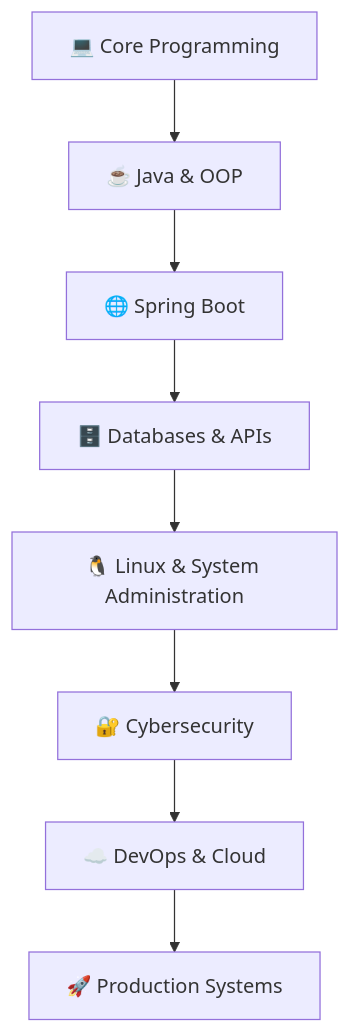
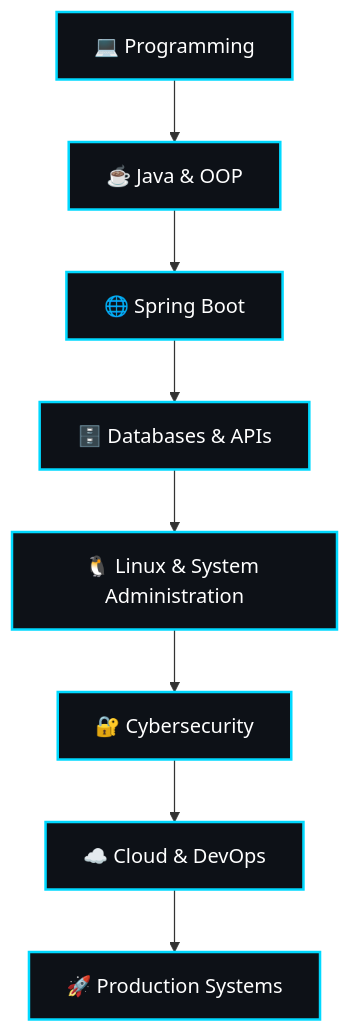
One commit to RoyalRohan/RoyalRohan changed the diagram in README.md. Above: the diagram before and after it, drawn with Mermaid. The commit also changed other lines of this file, not shown here.

````diff
--- a/README.md
+++ b/README.md
@@ -267,10 +277,15 @@
 ```mermaid
 graph TD
-    A[💻 Core Programming] --> B[☕ Java & OOP]
+    A[💻 Programming] --> B[☕ Java & OOP]
     B --> C[🌐 Spring Boot]
     C --> D[🗄️ Databases & APIs]
     D --> E[🐧 Linux & System Administration]
     E --> F[🔐 Cybersecurity]
-    F --> G[☁️ DevOps & Cloud]
+    F --> G[☁️ Cloud & DevOps]
     G --> H[🚀 Production Systems]
+
+    classDef cyan fill:#00d9ff,stroke:#ffffff,stroke-width:2px,color:#000000;
+    classDef dark fill:#0d1117,stroke:#00d9ff,stroke-width:2px,color:#ffffff;
+
+    class A,B,C,D,E,F,G,H dark;
 ```
````
